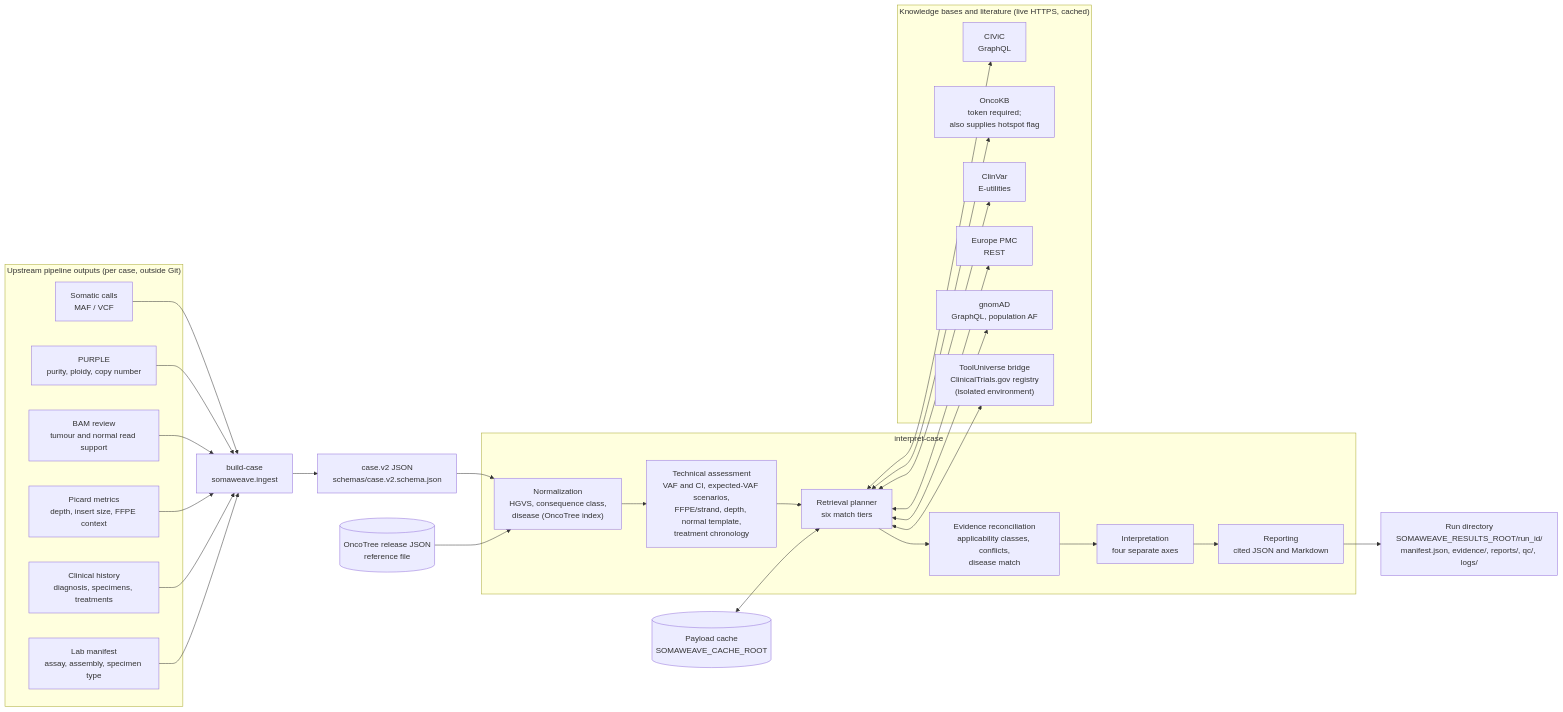
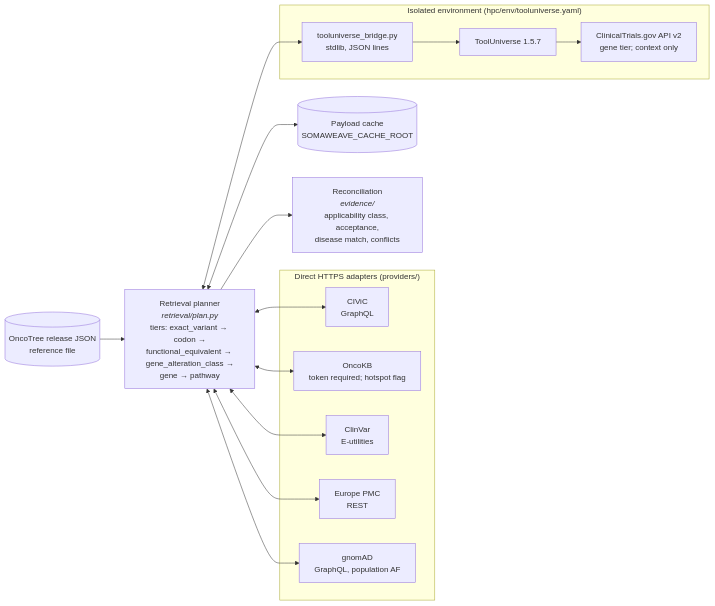
The fourth of 6 diagrams in README.md (hamidghaedi/SomaWeave), drawn with Mermaid before and after one commit. The commit also changed other lines of this file, not shown here.

First line of the commit message:
Restructure README diagrams into layered views and refresh tool status

````diff
--- a/README.md
+++ b/README.md
@@ -13,55 +74,23 @@
 ```mermaid
 flowchart LR
-    subgraph upstream["Upstream pipeline outputs (per case, outside Git)"]
-        maf["Somatic calls<br/>MAF / VCF"]
-        purple["PURPLE<br/>purity, ploidy, copy number"]
-        bam["BAM review<br/>tumour and normal read support"]
-        picard["Picard metrics<br/>depth, insert size, FFPE context"]
-        clin["Clinical history<br/>diagnosis, specimens, treatments"]
-        lab["Lab manifest<br/>assay, assembly, specimen type"]
-    end
+    plan["Retrieval planner<br/><i>retrieval/plan.py</i><br/>tiers: exact_variant → codon →<br/>functional_equivalent → gene_alteration_class →<br/>gene → pathway"]
+    cache[("Payload cache<br/>SOMAWEAVE_CACHE_ROOT")]
+    oncotree[("OncoTree release JSON<br/>reference file")]
 
-    build["build-case<br/>somaweave.ingest"]
-    case["case.v2 JSON<br/>schemas/case.v2.schema.json"]
-
-    maf --> build
-    purple --> build
-    bam --> build
-    picard --> build
-    clin --> build
-    lab --> build
-    build --> case
-
-    subgraph engine["interpret-case"]
-        norm["Normalization<br/>HGVS, consequence class,<br/>disease (OncoTree index)"]
-        tech["Technical assessment<br/>VAF and CI, expected-VAF scenarios,<br/>FFPE/strand, depth, normal template,<br/>treatment chronology"]
-        plan["Retrieval planner<br/>six match tiers"]
-        recon["Evidence reconciliation<br/>applicability classes, conflicts,<br/>disease match"]
-        interp["Interpretation<br/>four separate axes"]
-        report["Reporting<br/>cited JSON and Markdown"]
-    end
-
-    case --> norm --> tech --> plan
-    plan --> recon --> interp --> report
-
-    subgraph sources["Knowledge bases and literature (live HTTPS, cached)"]
+    subgraph direct["Direct HTTPS adapters (providers/)"]
         civic["CIViC<br/>GraphQL"]
-        oncokb["OncoKB<br/>token required;<br/>also supplies hotspot flag"]
+        oncokb["OncoKB<br/>token required; hotspot flag"]
         clinvar["ClinVar<br/>E-utilities"]
         epmc["Europe PMC<br/>REST"]
         gnomad["gnomAD<br/>GraphQL, population AF"]
-        tu["ToolUniverse bridge<br/>ClinicalTrials.gov registry<br/>(isolated environment)"]
+    end
+    subgraph bridge["Isolated environment (hpc/env/tooluniverse.yaml)"]
+        tubr["tooluniverse_bridge.py<br/>stdlib, JSON lines"] --> tu["ToolUniverse 1.5.7"] --> ctg["ClinicalTrials.gov API v2<br/>gene tier; context only"]
     end
 
-    plan <--> civic
-    plan <--> oncokb
-    plan <--> clinvar
-    plan <--> epmc
-    plan <--> gnomad
-    plan <--> tu
-
-    oncotree[("OncoTree release JSON<br/>reference file")] --> norm
-    cache[("Payload cache<br/>SOMAWEAVE_CACHE_ROOT")] <--> plan
-
-    report --> run["Run directory<br/>SOMAWEAVE_RESULTS_ROOT/run_id/<br/>manifest.json, evidence/, reports/, qc/, logs/"]
+    plan <--> cache
+    plan <--> civic & oncokb & clinvar & epmc & gnomad
+    plan <--> tubr
+    oncotree --> plan
+    plan --> rec["Reconciliation<br/><i>evidence/</i><br/>applicability class, acceptance,<br/>disease match, conflicts"]
 ```
````
